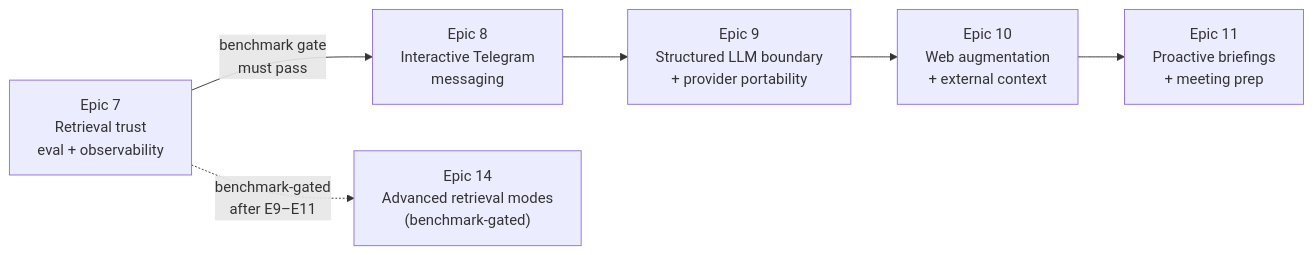
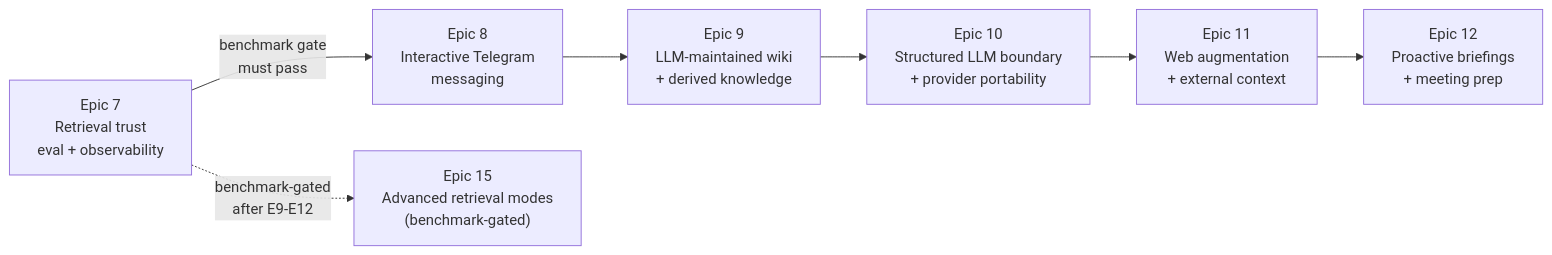
Before and after one commit to iainhgl/chief-of-staff: diagram 14 of 15 in _bmad-output/planning-artifacts/architecture-diagrams.md, drawn with Mermaid. The commit also changed other lines of this file and 8 other files, not shown here.

Commit message:
Insert LLM wiki epic into roadmap

````diff
--- a/_bmad-output/planning-artifacts/architecture-diagrams.md
+++ b/_bmad-output/planning-artifacts/architecture-diagrams.md
@@ -572,13 +574,14 @@
 ```mermaid
 flowchart LR
     E7["Epic 7\nRetrieval trust\neval + observability"]
     E8["Epic 8\nInteractive Telegram\nmessaging"]
-    E9["Epic 9\nStructured LLM boundary\n+ provider portability"]
-    E10["Epic 10\nWeb augmentation\n+ external context"]
-    E11["Epic 11\nProactive briefings\n+ meeting prep"]
-    E14["Epic 14\nAdvanced retrieval modes\n(benchmark-gated)"]
+    E9["Epic 9\nLLM-maintained wiki\n+ derived knowledge"]
+    E10["Epic 10\nStructured LLM boundary\n+ provider portability"]
+    E11["Epic 11\nWeb augmentation\n+ external context"]
+    E12["Epic 12\nProactive briefings\n+ meeting prep"]
+    E15["Epic 15\nAdvanced retrieval modes\n(benchmark-gated)"]
 
     E7 -->|"benchmark gate\nmust pass"| E8
-    E8 --> E9 --> E10 --> E11
-    E7 -.->|"benchmark-gated\nafter E9–E11"| E14
+    E8 --> E9 --> E10 --> E11 --> E12
+    E7 -.->|"benchmark-gated\nafter E9-E12"| E15
 ```
````
